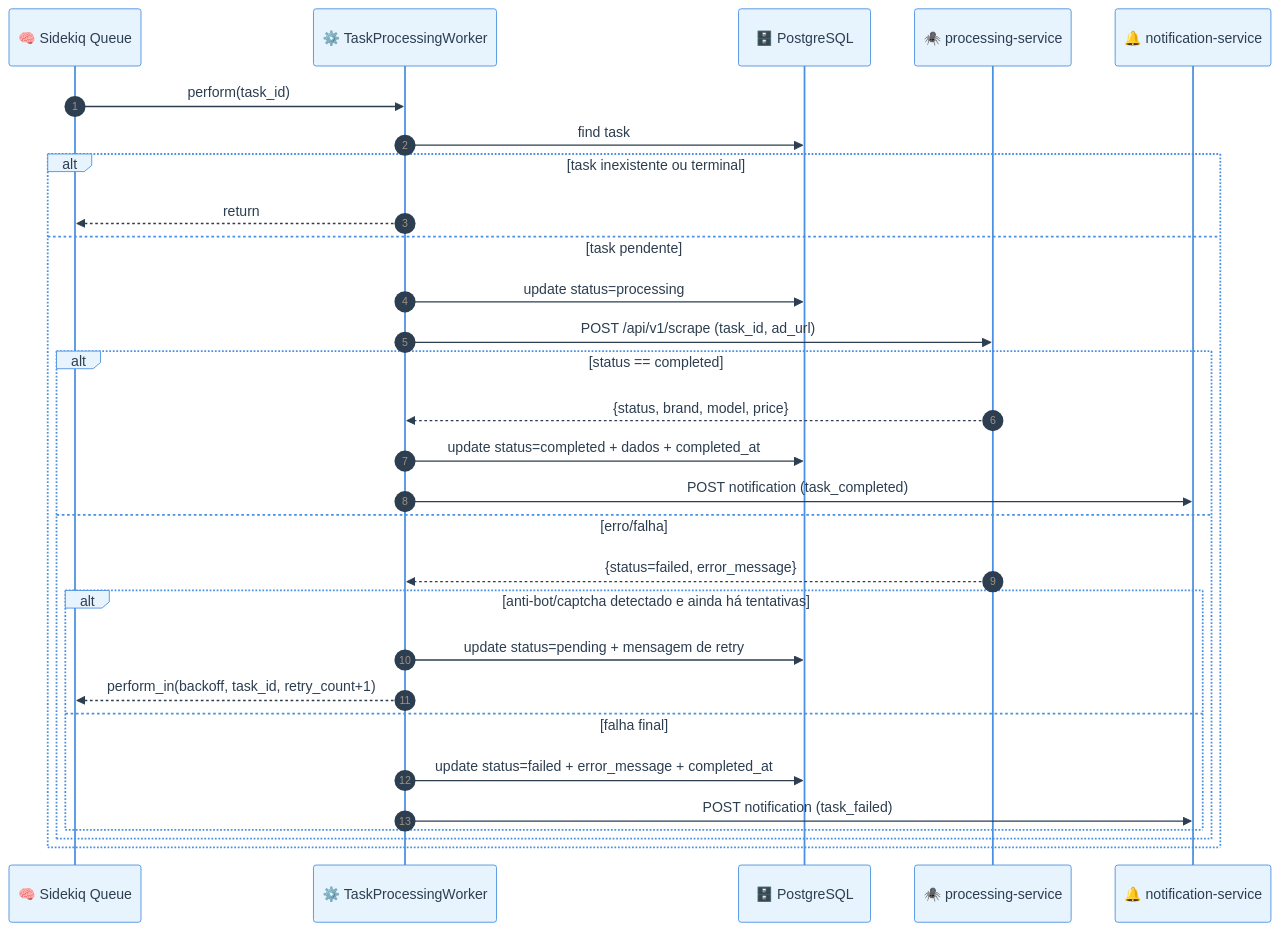
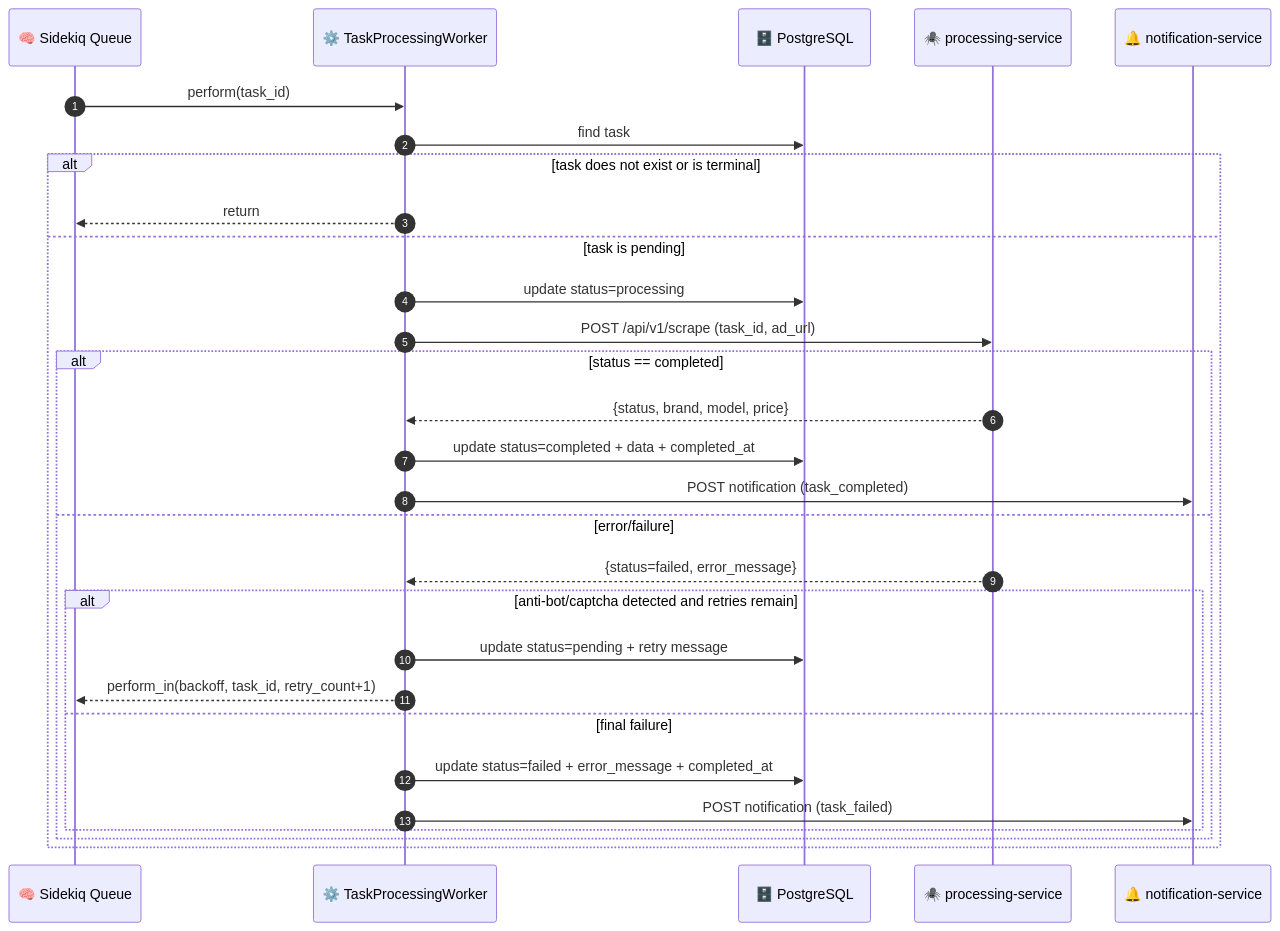
Before and after one commit to enogrob/c2s-webscraping-rails: the fourth of 8 diagrams in README.md, drawn with Mermaid. The commit also changed other lines of this file and 3 other files, not shown here.

````diff
--- a/README.md
+++ b/README.md
@@ -144,45 +110,32 @@
 ```mermaid
-%%{init: {
-	'theme':'base',
-	'themeVariables': {
-		'primaryColor':'#E8F4FD',
-		'primaryBorderColor':'#4A90E2',
-		'primaryTextColor':'#2C3E50',
-		'secondaryColor':'#F0F8E8',
-		'tertiaryColor':'#FDF2E8',
-		'quaternaryColor':'#F8E8F8',
-		'lineColor':'#5D6D7E',
-		'fontFamily':'Inter,Segoe UI,Arial'
-	}
-}}%%
 sequenceDiagram
 	autonumber
 	participant Q as 🧠 Sidekiq Queue
 	participant W as ⚙️ TaskProcessingWorker
 	participant DB as 🗄️ PostgreSQL
 	participant P as 🕷️ processing-service
 	participant N as 🔔 notification-service
 
 	Q->>W: perform(task_id)
 	W->>DB: find task
-	alt task inexistente ou terminal
+	alt task does not exist or is terminal
 		W-->>Q: return
-	else task pendente
+	else task is pending
 		W->>DB: update status=processing
 		W->>P: POST /api/v1/scrape (task_id, ad_url)
 		alt status == completed
 			P-->>W: {status, brand, model, price}
-			W->>DB: update status=completed + dados + completed_at
+			W->>DB: update status=completed + data + completed_at
 			W->>N: POST notification (task_completed)
-		else erro/falha
+		else error/failure
 			P-->>W: {status=failed, error_message}
-			alt anti-bot/captcha detectado e ainda há tentativas
-				W->>DB: update status=pending + mensagem de retry
+			alt anti-bot/captcha detected and retries remain
+				W->>DB: update status=pending + retry message
 				W-->>Q: perform_in(backoff, task_id, retry_count+1)
-			else falha final
+			else final failure
 				W->>DB: update status=failed + error_message + completed_at
 				W->>N: POST notification (task_failed)
 			end
 		end
 	end
 ```
````
